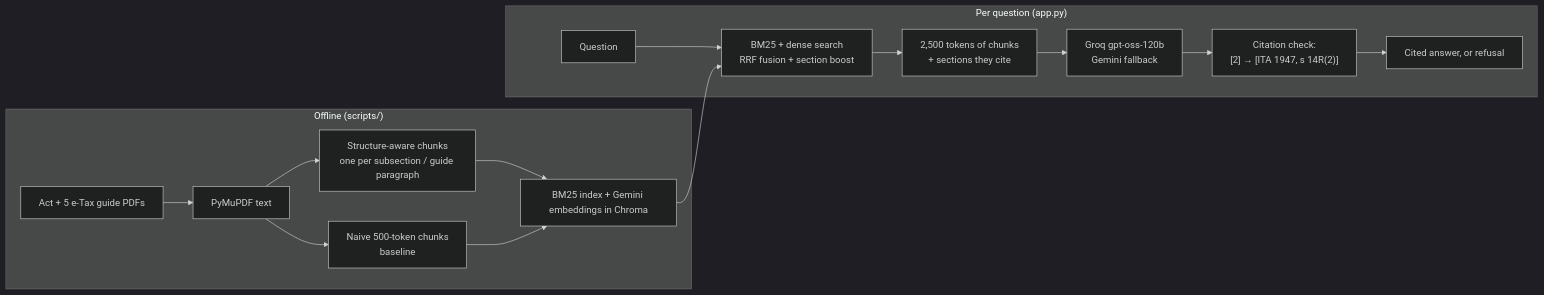
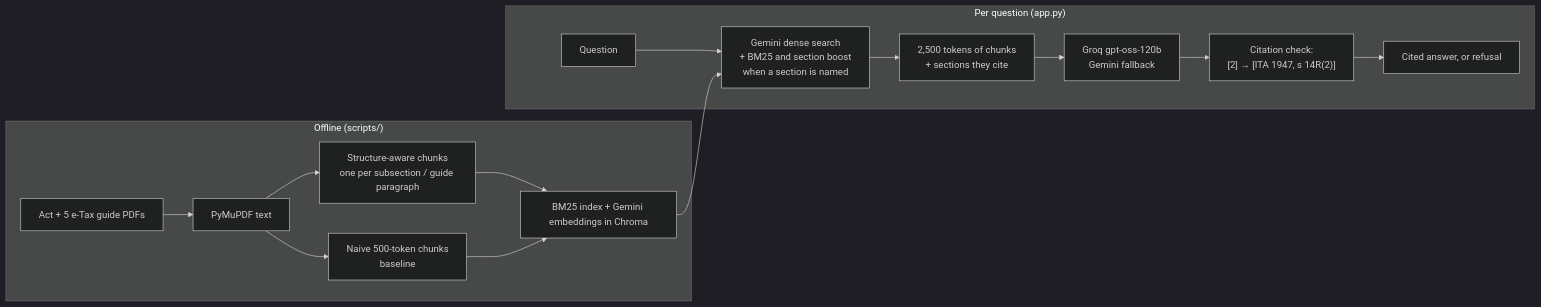
Before and after one commit to Saiharshaa/SGtax-rag: the diagram in README.md, drawn with Mermaid (dark theme). The commit also changed other lines of this file and 1 other file, not shown here.

````diff
--- a/README.md
+++ b/README.md
@@ -16,18 +16,18 @@
 ```mermaid
 flowchart LR
     subgraph offline["Offline (scripts/)"]
         P[Act + 5 e-Tax guide PDFs] --> X[PyMuPDF text]
         X --> S[Structure-aware chunks<br/>one per subsection / guide paragraph]
         X --> N[Naive 500-token chunks<br/>baseline]
         S --> I[BM25 index + Gemini embeddings in Chroma]
         N --> I
     end
     subgraph app["Per question (app.py)"]
-        Q[Question] --> R[BM25 + dense search<br/>RRF fusion + section boost]
+        Q[Question] --> R[Gemini dense search<br/>+ BM25 and section boost<br/>when a section is named]
         I --> R
         R --> C[2,500 tokens of chunks<br/>+ sections they cite]
         C --> L[Groq gpt-oss-120b<br/>Gemini fallback]
         L --> V["Citation check:<br/>[2] → [ITA 1947, s 14R(2)]"]
         V --> A["Cited answer, or refusal"]
     end
 ```
````
